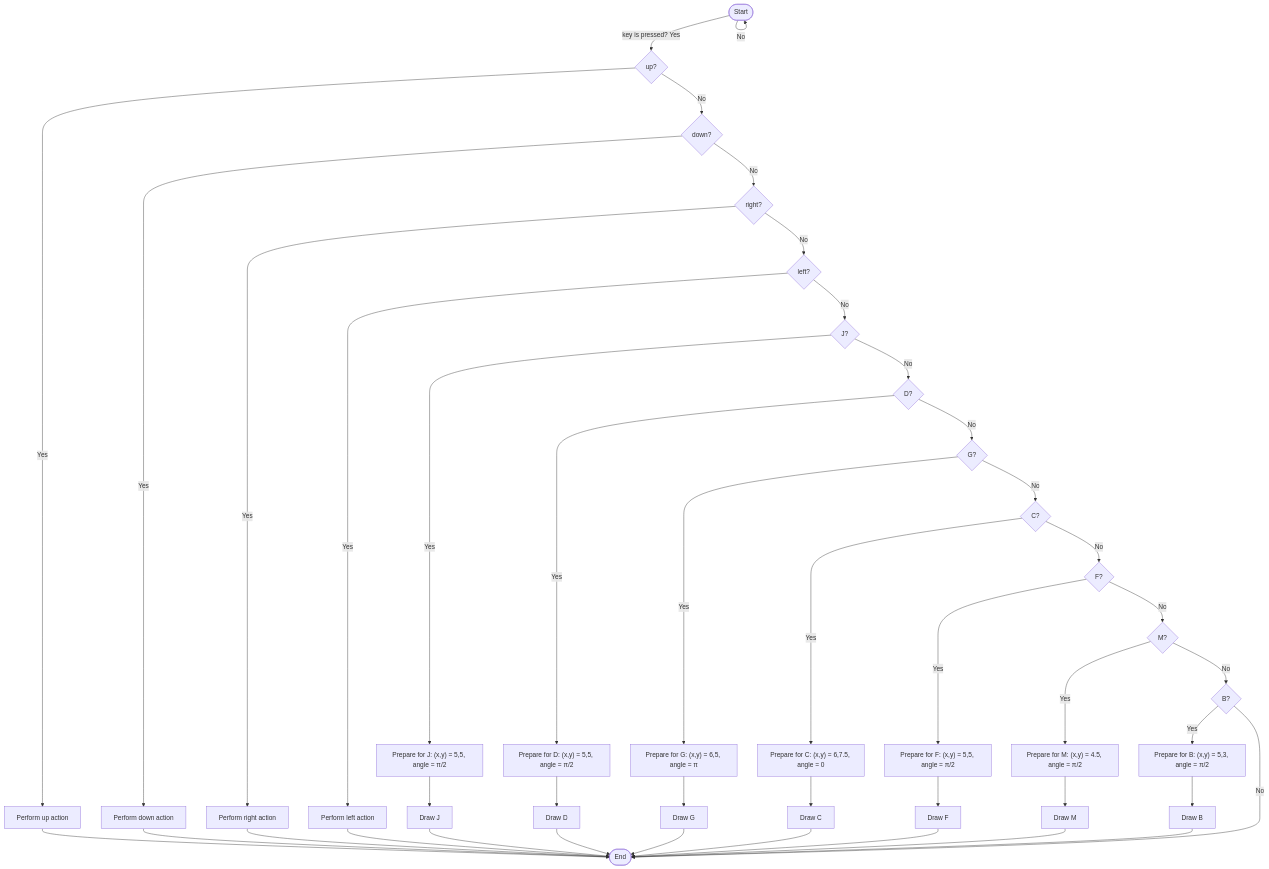
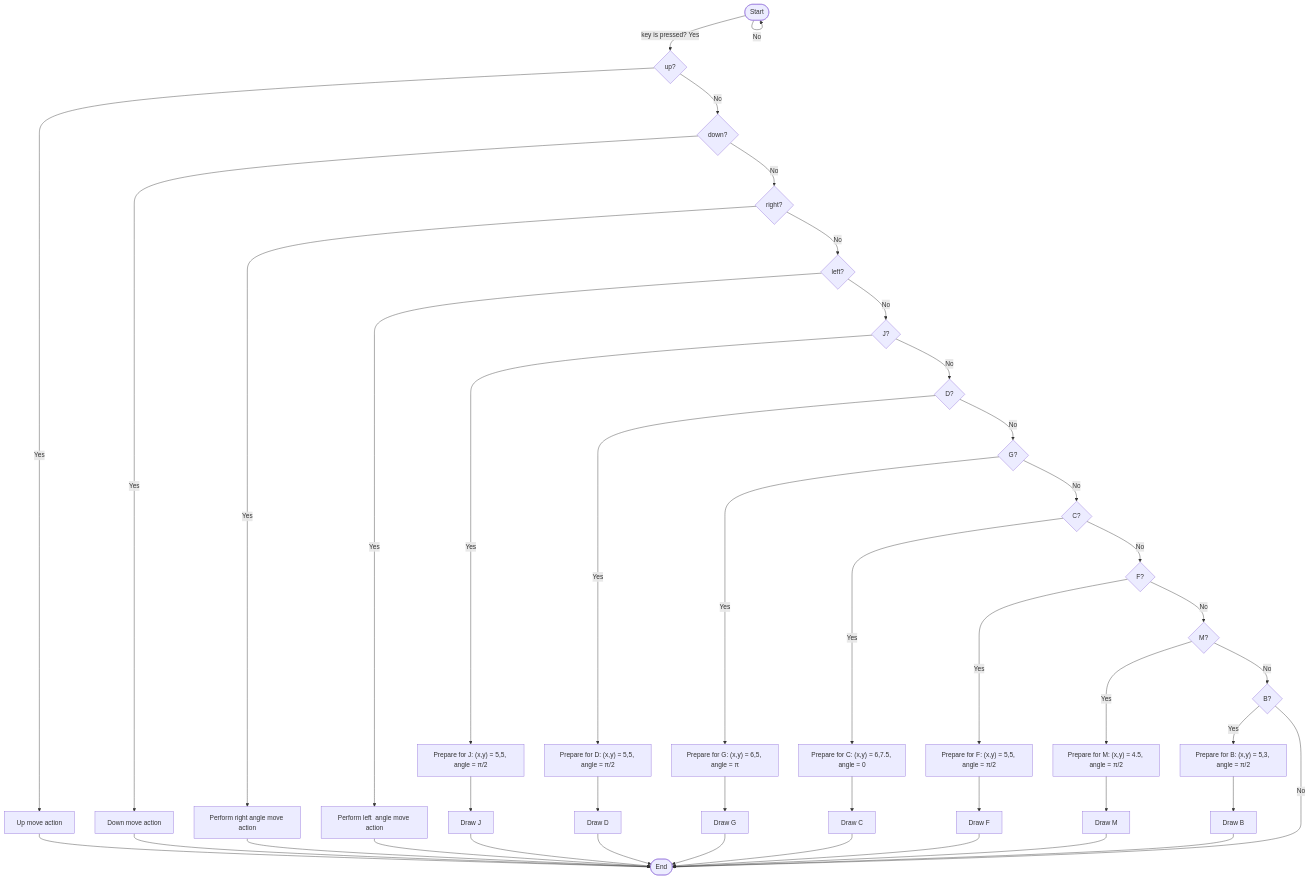
The diagram in README.md (Judiazgu/Robotica), drawn with Mermaid before and after one commit.

````diff
--- a/README.md
+++ b/README.md
@@ -93,42 +93,42 @@
 ```mermaid
 graph TD
     Start(["Start"]) -->|key is pressed? Yes| Decision1{"up?"}
     Start -->|No| Start
 
-    Decision1 -->|Yes| Action_up["Perform up action"]
+    Decision1 -->|Yes| Action_up["Up move action"]
     Decision1 -->|No| Decision2{"down?"}
-    Decision2 -->|Yes| Action_down["Perform down action"]
+    Decision2 -->|Yes| Action_down["Down move action"]
     Decision2 -->|No| Decision3{"right?"}
-    Decision3 -->|Yes| Action_right["Perform right action"]
+    Decision3 -->|Yes| Action_right["Perform right angle move action"]
     Decision3 -->|No| Decision4{"left?"}
-    Decision4 -->|Yes| Action_left["Perform left action"]
+    Decision4 -->|Yes| Action_left["Perform left  angle move action"]
     Decision4 -->|No| Decision5{"J?"}
 
     Decision5 -->|Yes| Prepare_J["Prepare for J: (x,y) = 5,5, angle = π/2"] --> Draw_J["Draw J"]
     Decision5 -->|No| Decision6{"D?"}
     Decision6 -->|Yes| Prepare_D["Prepare for D: (x,y) = 5,5, angle = π/2"] --> Draw_D["Draw D"]
     Decision6 -->|No| Decision7{"G?"}
     Decision7 -->|Yes| Prepare_G["Prepare for G: (x,y) = 6,5, angle = π"] --> Draw_G["Draw G"]
     Decision7 -->|No| Decision8{"C?"}
     Decision8 -->|Yes| Prepare_C["Prepare for C: (x,y) = 6,7.5, angle = 0"] --> Draw_C["Draw C"]
     Decision8 -->|No| Decision9{"F?"}
     Decision9 -->|Yes| Prepare_F["Prepare for F: (x,y) = 5,5, angle = π/2"] --> Draw_F["Draw F"]
     Decision9 -->|No| Decision10{"M?"}
     Decision10 -->|Yes| Prepare_M["Prepare for M: (x,y) = 4.5, angle = π/2"] --> Draw_M["Draw M"]
     Decision10 -->|No| Decision11{"B?"}
     Decision11 -->|Yes| Prepare_B["Prepare for B: (x,y) = 5,3, angle = π/2"] --> Draw_B["Draw B"]
     Decision11 -->|No| End(["End"])
 
     Action_up --> End
     Action_down --> End
     Action_right --> End
     Action_left --> End
     Draw_J --> End
     Draw_D --> End
     Draw_G --> End
     Draw_C --> End
     Draw_F --> End
     Draw_M --> End
     Draw_B --> End 
 
 ```
````
